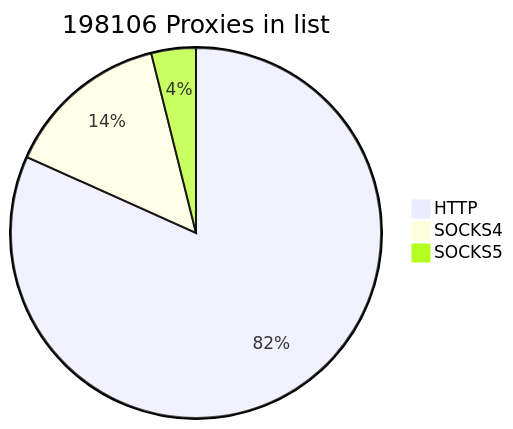
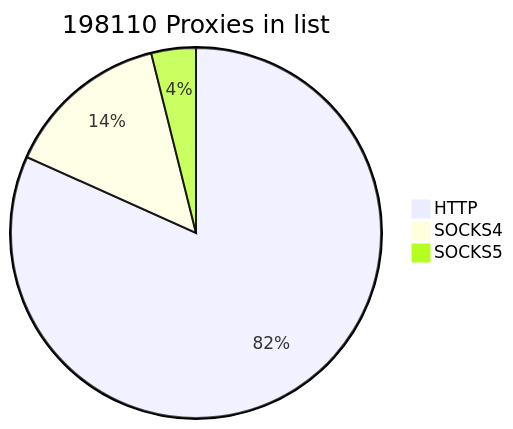
The first of 2 diagrams in README.md (cutipu/proxylist), drawn with Mermaid before and after one commit. The commit also changed other lines of this file, not shown here.

````diff
--- a/README.md
+++ b/README.md
@@ -2,7 +2,7 @@
 ```mermaid
-pie title 198106 Proxies in list
-    "HTTP" : 161887
-    "SOCKS4" : 28516
-    "SOCKS5" : 7703
+pie title 198110 Proxies in list
+    "HTTP" : 161890
+    "SOCKS4" : 28515
+    "SOCKS5" : 7705
             
 ```
````
